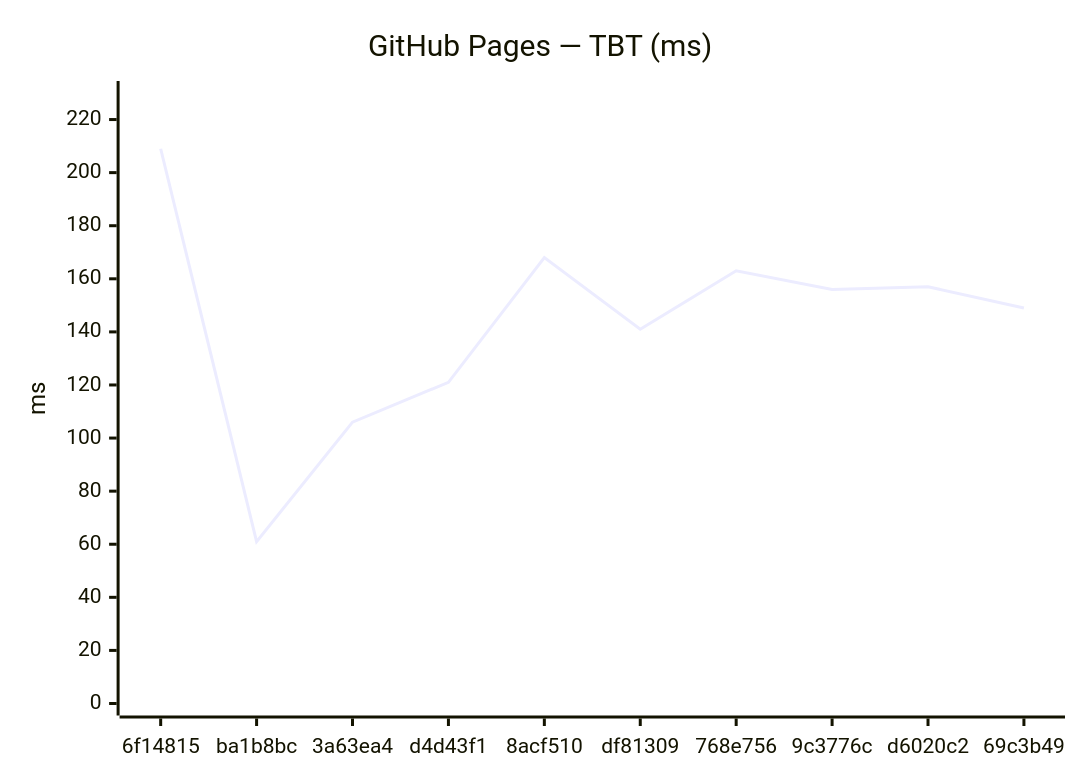
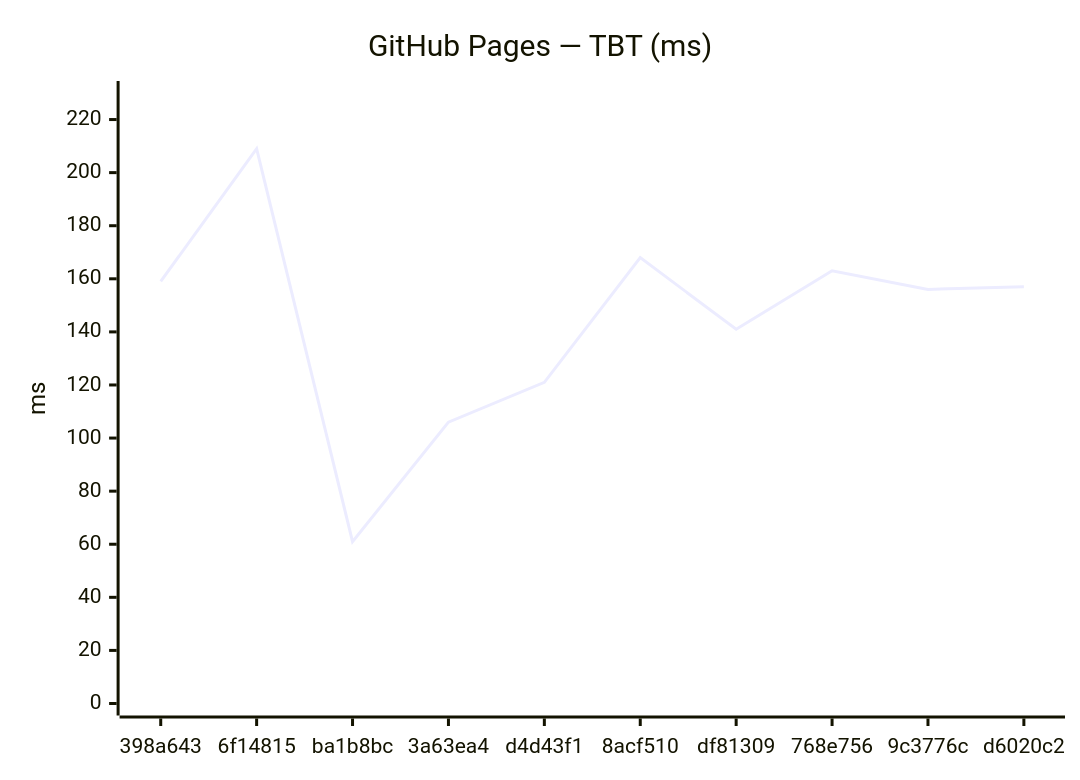
One commit to Metaheurist/Rianell changed the fourth of 18 diagrams in benchmarks/compare.md. Above: the diagram before and after it, drawn with Mermaid. The commit also changed other lines of this file and 11 other files, not shown here.

````diff
--- a/benchmarks/compare.md
+++ b/benchmarks/compare.md
@@ -61,7 +61,7 @@
 ```mermaid
 xychart-beta
     title "GitHub Pages — TBT (ms)"
-    x-axis ["6f14815", "ba1b8bc", "3a63ea4", "d4d43f1", "8acf510", "df81309", "768e756", "9c3776c", "d6020c2", "69c3b49"]
+    x-axis ["398a643", "6f14815", "ba1b8bc", "3a63ea4", "d4d43f1", "8acf510", "df81309", "768e756", "9c3776c", "d6020c2"]
     y-axis "ms" 0 --> 230
-    line [209, 61, 106, 121, 168, 141, 163, 156, 157, 149]
+    line [159, 209, 61, 106, 121, 168, 141, 163, 156, 157]
 ```
````
